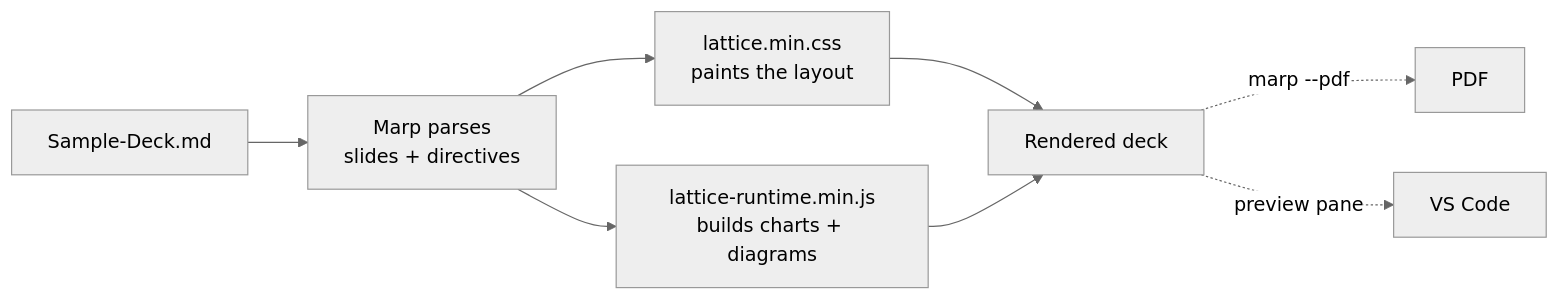
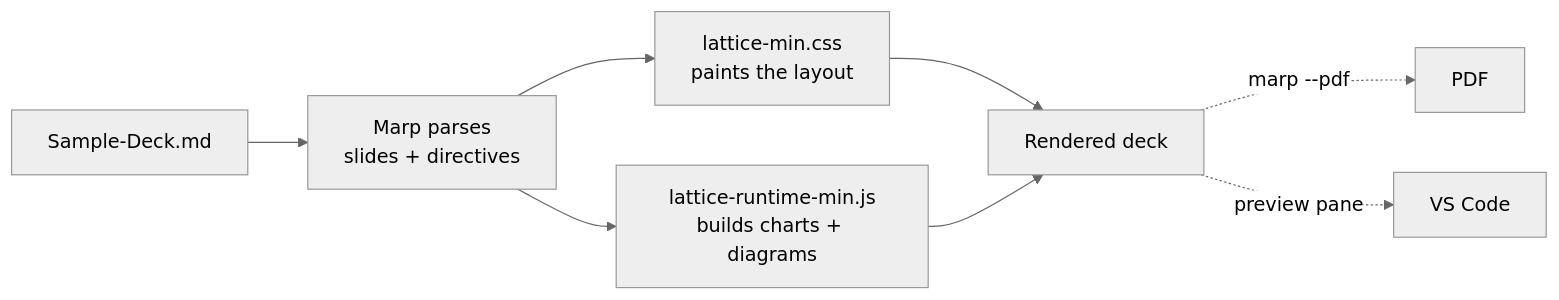
One commit to Laticent/lattice changed the diagram in kit/Sample-Deck.md. Above: the diagram before and after it, drawn with Mermaid (neutral theme). The commit also changed other lines of this file and 88 other files, not shown here.

````diff
--- a/kit/Sample-Deck.md
+++ b/kit/Sample-Deck.md
@@ -114,10 +114,10 @@
 ```mermaid
 flowchart LR
   A["Sample-Deck.md"] --> B["Marp parses<br/>slides + directives"]
-  B --> C["lattice.min.css<br/>paints the layout"]
-  B --> D["lattice-runtime.min.js<br/>builds charts + diagrams"]
+  B --> C["lattice-min.css<br/>paints the layout"]
+  B --> D["lattice-runtime-min.js<br/>builds charts + diagrams"]
   C --> E["Rendered deck"]
   D --> E
   E -.->|"marp --pdf"| F["PDF"]
   E -.->|"preview pane"| G["VS Code"]
 ```
````
